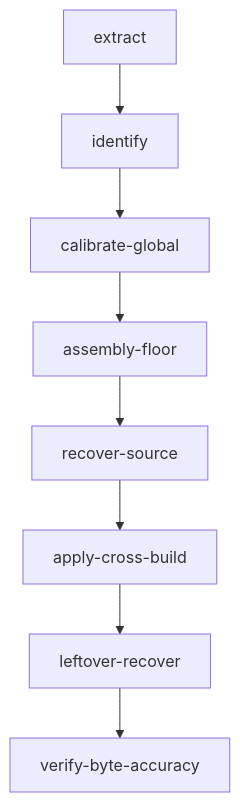
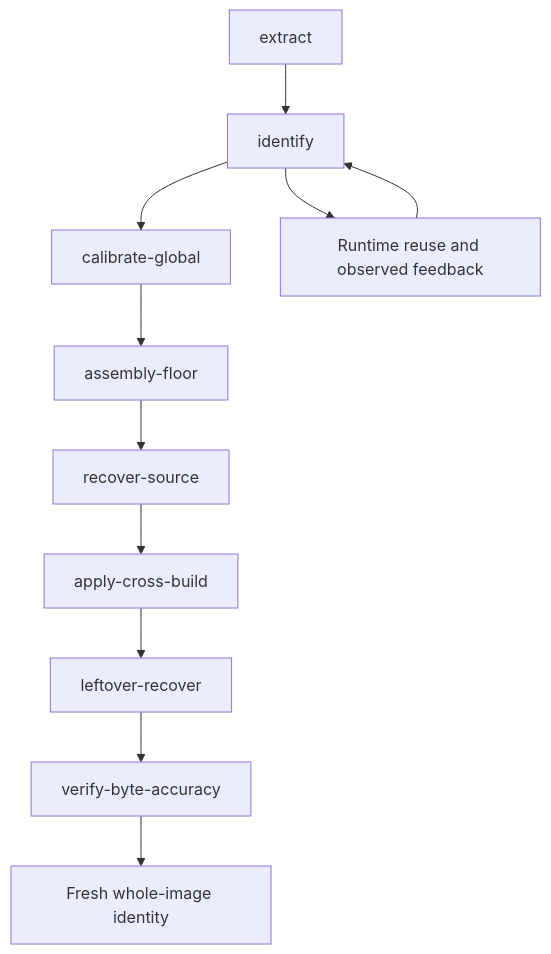
One commit to bodencrouch/AgentDecompile changed the diagram in docs/CORPUS_PIPELINE.md. Above: the diagram before and after it, drawn with Mermaid. The commit also changed other lines of this file and 22 other files, not shown here.

Commit message:
docs: align runtime reuse and recovery operating policy

````diff
--- a/docs/CORPUS_PIPELINE.md
+++ b/docs/CORPUS_PIPELINE.md
@@ -18,10 +20,13 @@
 ```mermaid
 flowchart TD
   extract[extract] --> identify[identify]
   identify --> calib[calibrate-global]
   calib --> floor[assembly-floor]
   floor --> recover[recover-source]
   recover --> apply[apply-cross-build]
   apply --> leftover[leftover-recover]
   leftover --> verify[verify-byte-accuracy]
+  verify --> image[Fresh whole-image identity]
+  identify --> runtime[Runtime reuse and observed feedback]
+  runtime --> identify
 ```
````
